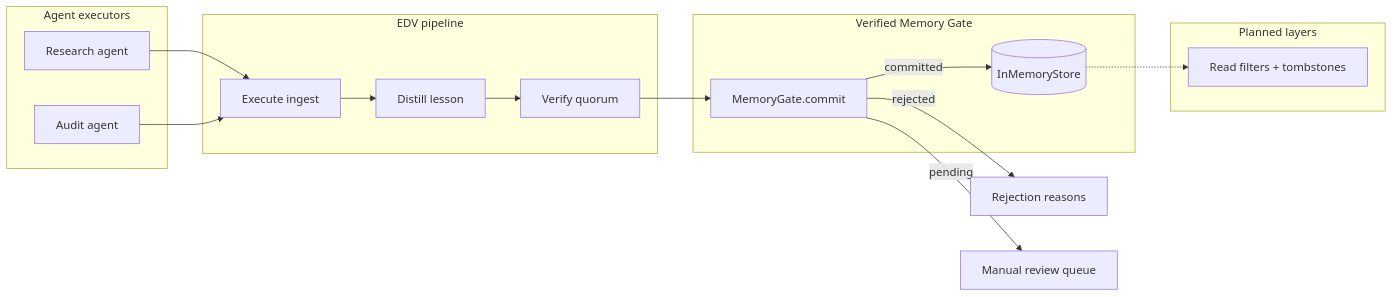
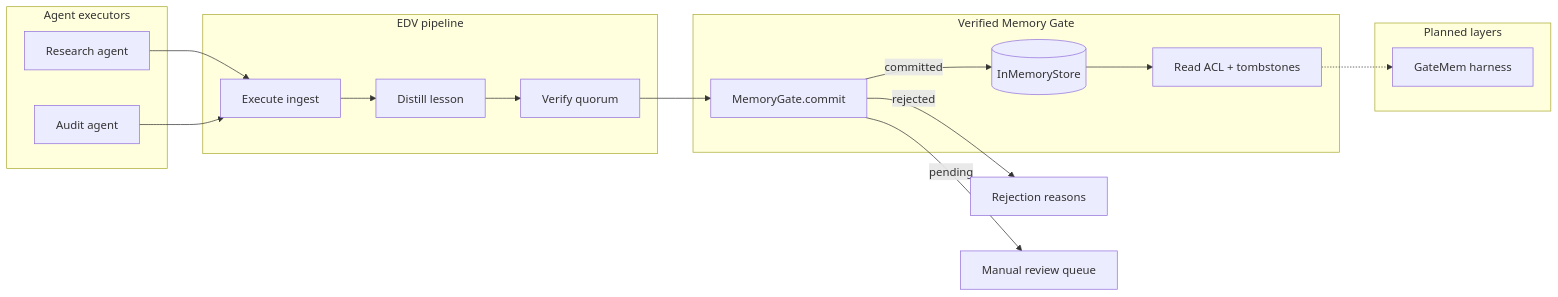
Before and after one commit to mastroke/verified-memory-gate: the diagram in README.md, drawn with Mermaid. The commit also changed other lines of this file and 2 other files, not shown here.

First line of the commit message:
test: Cover governance ACL, tombstones, and leak targets

````diff
--- a/README.md
+++ b/README.md
@@ -9,32 +9,34 @@
 ```mermaid
 flowchart LR
     subgraph agents [Agent executors]
         A1[Research agent]
         A2[Audit agent]
     end
 
     subgraph edv [EDV pipeline]
         EX[Execute ingest]
         DI[Distill lesson]
         VE[Verify quorum]
     end
 
     subgraph gate [Verified Memory Gate]
         MG[MemoryGate.commit]
         ST[(InMemoryStore)]
+        ACL[Read ACL + tombstones]
     end
 
     subgraph future [Planned layers]
-        ACL[Read filters + tombstones]
+        GM[GateMem harness]
     end
 
     A1 --> EX
     A2 --> EX
     EX --> DI
     DI --> VE
     VE --> MG
     MG -->|committed| ST
     MG -->|rejected| REJ[Rejection reasons]
     MG -->|pending| REV[Manual review queue]
-    ST -.-> ACL
+    ST --> ACL
+    ACL -.-> GM
 ```
````
